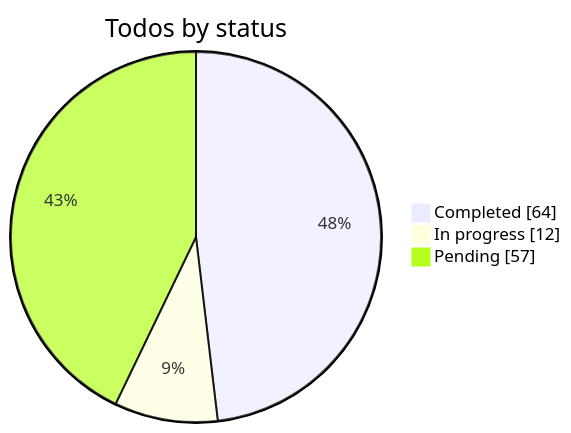
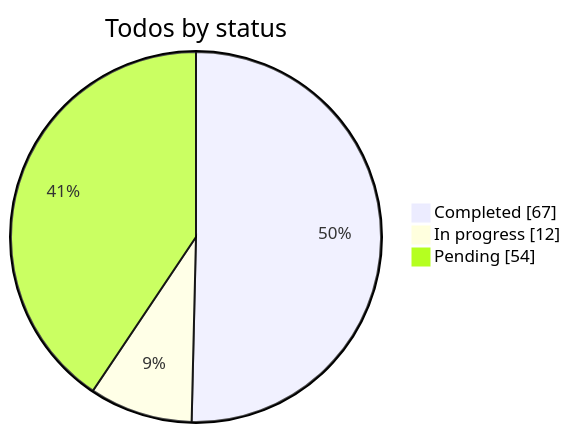
The diagram in .cursor/plans/custom_builder_engine_refs.plan.md (KantaPaul/next-cms), drawn with Mermaid before and after one commit. The commit also changed other lines of this file and 7 other files, not shown here.

````diff
--- a/.cursor/plans/custom_builder_engine_refs.plan.md
+++ b/.cursor/plans/custom_builder_engine_refs.plan.md
@@ -427,6 +427,6 @@
 ```mermaid
 pie showData title Todos by status
-  "Completed" : 64
+  "Completed" : 67
   "In progress" : 12
-  "Pending" : 57
+  "Pending" : 54
 ```
````
